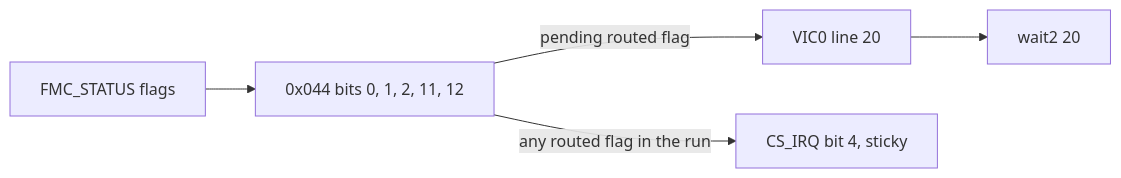
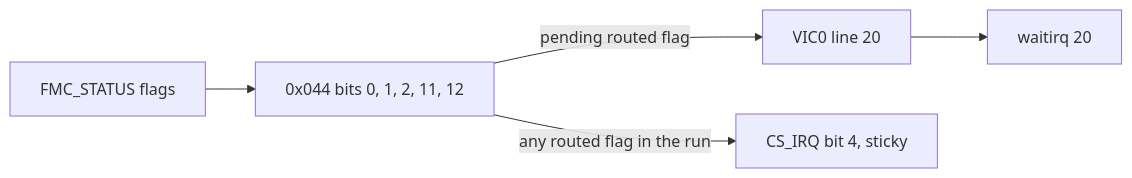
The diagram in 09-nand-controller.md (vikrapivin/n4g_fmss), drawn with Mermaid before and after one commit. The commit also changed other lines of this file and 19 other files, not shown here.

Commit message:
move wait2 to waitirq and nop becomes waitc N and nop2 becomes nop

````diff
--- a/09-nand-controller.md
+++ b/09-nand-controller.md
@@ -456,7 +456,7 @@
 ```mermaid
 flowchart LR
   F[FMC_STATUS flags] --> E[0x044 bits 0, 1, 2, 11, 12]
   E -->|pending routed flag| V[VIC0 line 20]
   E -->|any routed flag in the run| I[CS_IRQ bit 4, sticky]
-  V --> W[wait2 20]
+  V --> W[waitirq 20]
 ```
````
